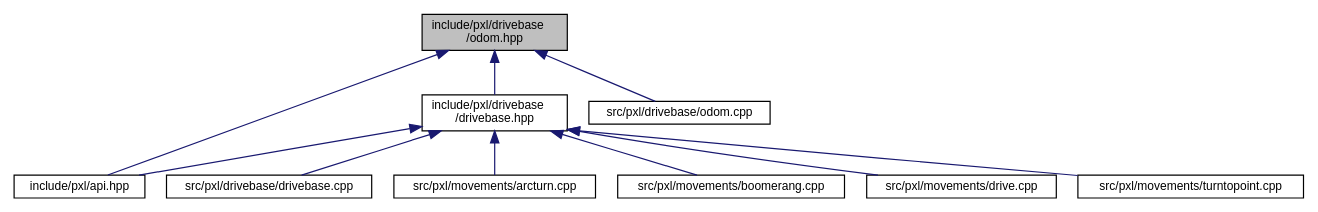
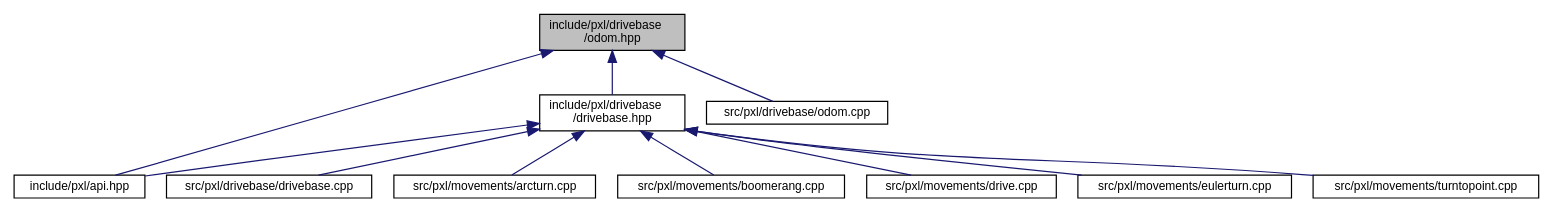
Before and after one commit to Pixel-Lib/Pixel: the diagram in odom_8hpp__dep__incl.dot, drawn with Graphviz. The commit also changed 247 other files, not shown here.

```diff
--- a/odom_8hpp__dep__incl.dot
+++ b/odom_8hpp__dep__incl.dot
@@ -1,24 +1,26 @@
 digraph "include/pxl/drivebase/odom.hpp"
 {
  // LATEX_PDF_SIZE
   edge [fontname="Helvetica",fontsize="10",labelfontname="Helvetica",labelfontsize="10"];
   node [fontname="Helvetica",fontsize="10",shape=record];
   Node1 [label="include/pxl/drivebase\l/odom.hpp",height=0.2,width=0.4,color="black", fillcolor="grey75", style="filled", fontcolor="black",tooltip=" "];
   Node1 -> Node2 [dir="back",color="midnightblue",fontsize="10",style="solid",fontname="Helvetica"];
   Node2 [label="include/pxl/api.hpp",height=0.2,width=0.4,color="black", fillcolor="white", style="filled",URL="$api_8hpp.html",tooltip=" "];
   Node1 -> Node3 [dir="back",color="midnightblue",fontsize="10",style="solid",fontname="Helvetica"];
   Node3 [label="include/pxl/drivebase\l/drivebase.hpp",height=0.2,width=0.4,color="black", fillcolor="white", style="filled",URL="$drivebase_8hpp.html",tooltip=" "];
   Node3 -> Node2 [dir="back",color="midnightblue",fontsize="10",style="solid",fontname="Helvetica"];
   Node3 -> Node4 [dir="back",color="midnightblue",fontsize="10",style="solid",fontname="Helvetica"];
   Node4 [label="src/pxl/drivebase/drivebase.cpp",height=0.2,width=0.4,color="black", fillcolor="white", style="filled",URL="$drivebase_8cpp.html",tooltip=" "];
   Node3 -> Node5 [dir="back",color="midnightblue",fontsize="10",style="solid",fontname="Helvetica"];
   Node5 [label="src/pxl/movements/arcturn.cpp",height=0.2,width=0.4,color="black", fillcolor="white", style="filled",URL="$arcturn_8cpp.html",tooltip=" "];
   Node3 -> Node6 [dir="back",color="midnightblue",fontsize="10",style="solid",fontname="Helvetica"];
   Node6 [label="src/pxl/movements/boomerang.cpp",height=0.2,width=0.4,color="black", fillcolor="white", style="filled",URL="$boomerang_8cpp.html",tooltip=" "];
   Node3 -> Node7 [dir="back",color="midnightblue",fontsize="10",style="solid",fontname="Helvetica"];
   Node7 [label="src/pxl/movements/drive.cpp",height=0.2,width=0.4,color="black", fillcolor="white", style="filled",URL="$drive_8cpp.html",tooltip=" "];
   Node3 -> Node8 [dir="back",color="midnightblue",fontsize="10",style="solid",fontname="Helvetica"];
-  Node8 [label="src/pxl/movements/turntopoint.cpp",height=0.2,width=0.4,color="black", fillcolor="white", style="filled",URL="$turntopoint_8cpp.html",tooltip=" "];
-  Node1 -> Node9 [dir="back",color="midnightblue",fontsize="10",style="solid",fontname="Helvetica"];
-  Node9 [label="src/pxl/drivebase/odom.cpp",height=0.2,width=0.4,color="black", fillcolor="white", style="filled",URL="$odom_8cpp.html",tooltip=" "];
+  Node8 [label="src/pxl/movements/eulerturn.cpp",height=0.2,width=0.4,color="black", fillcolor="white", style="filled",URL="$eulerturn_8cpp.html",tooltip=" "];
+  Node3 -> Node9 [dir="back",color="midnightblue",fontsize="10",style="solid",fontname="Helvetica"];
+  Node9 [label="src/pxl/movements/turntopoint.cpp",height=0.2,width=0.4,color="black", fillcolor="white", style="filled",URL="$turntopoint_8cpp.html",tooltip=" "];
+  Node1 -> Node10 [dir="back",color="midnightblue",fontsize="10",style="solid",fontname="Helvetica"];
+  Node10 [label="src/pxl/drivebase/odom.cpp",height=0.2,width=0.4,color="black", fillcolor="white", style="filled",URL="$odom_8cpp.html",tooltip=" "];
 }
```
